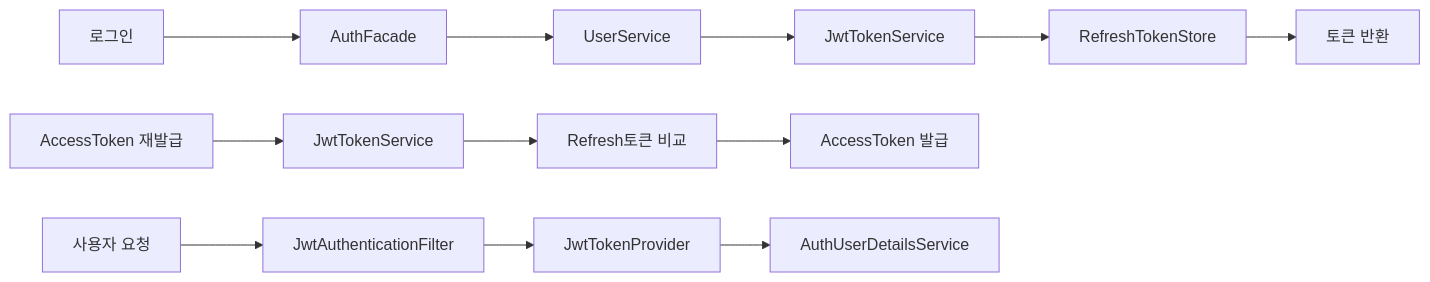
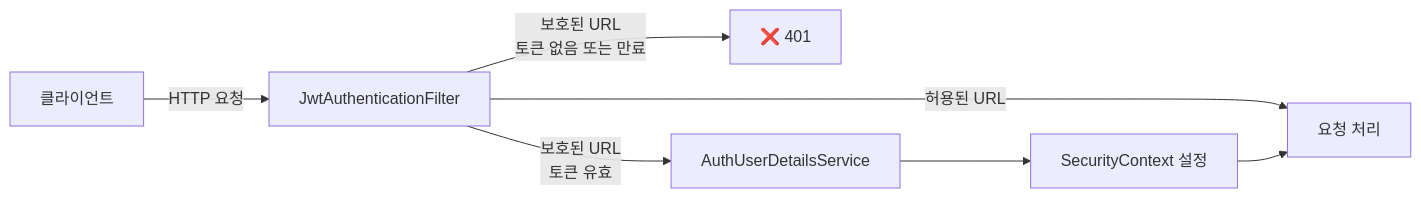
The fourth of 5 diagrams in README.md (Kimjiman/default1), drawn with Mermaid before and after one commit. The commit also changed other lines of this file, not shown here.

````diff
--- a/README.md
+++ b/README.md
@@ -81,6 +104,8 @@
 ```mermaid
 flowchart LR
-    A[로그인] --> B[AuthFacade] --> C[UserService] --> D[JwtTokenService] --> E[RefreshTokenStore] --> F[토큰 반환]
-    A2[AccessToken 재발급] --> B2[JwtTokenService] --> C2[Refresh토큰 비교] --> D2[AccessToken 발급]
-    A3[사용자 요청] --> B3[JwtAuthenticationFilter] --> C3[JwtTokenProvider] --> D4[AuthUserDetailsService]
+    A[클라이언트] -->|HTTP 요청| B[JwtAuthenticationFilter]
+    B -->|허용된 URL| E[요청 처리]
+    B -->|보호된 URL\n토큰 없음 또는 만료| Z[❌ 401]
+    B -->|보호된 URL\n토큰 유효| C[AuthUserDetailsService]
+    C --> D[SecurityContext 설정] --> E
 ```
````
